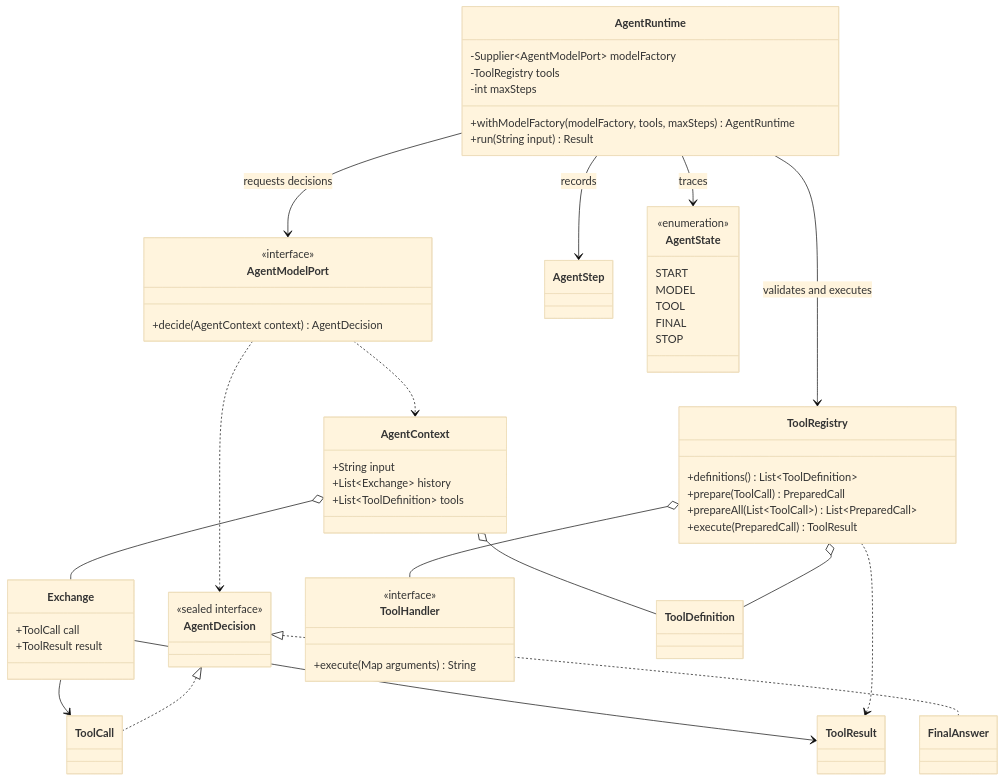
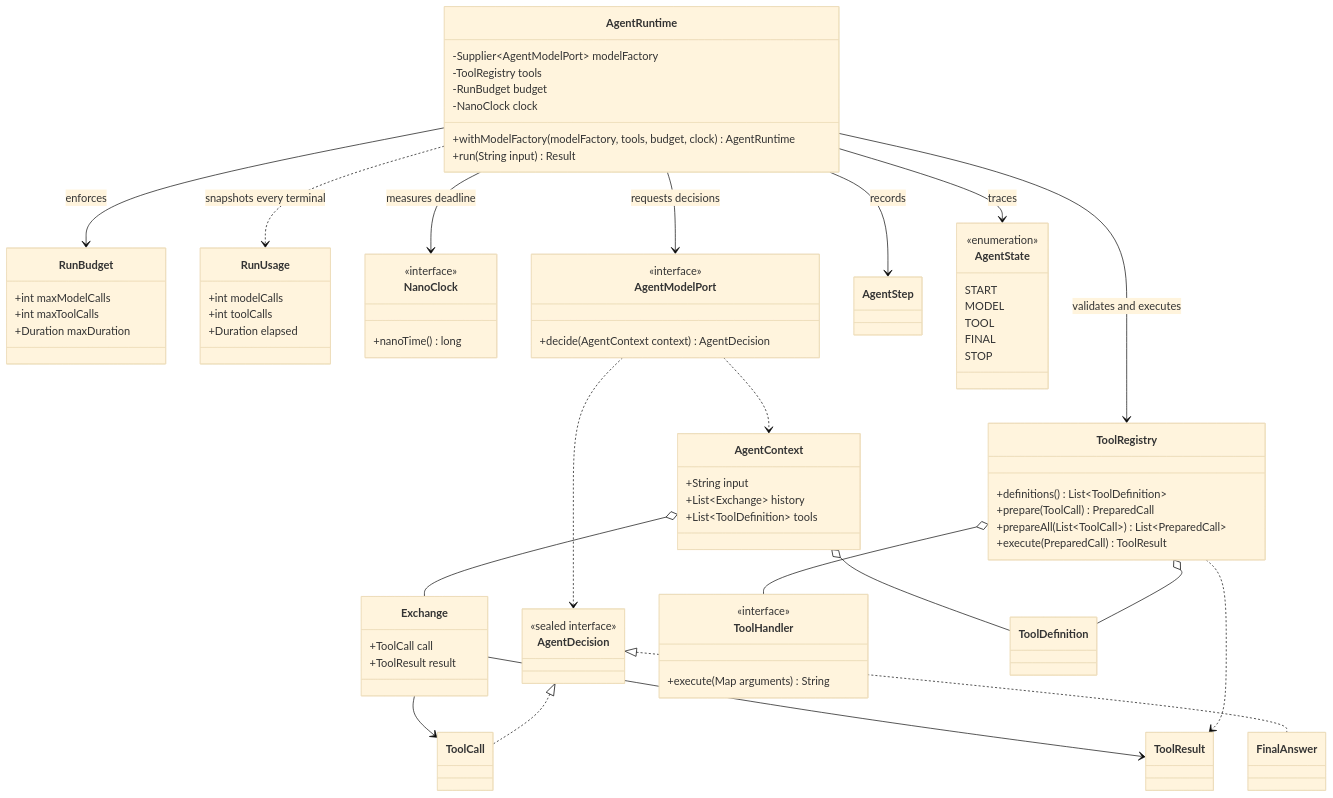
The third of 8 diagrams in responses-agent-runtime/docs/architecture.md (jamienlu/pickagent), drawn with Mermaid (base theme) before and after one commit. The commit also changed other lines of this file and 78 other files, not shown here.

Commit message:
all response agent runtime produce min use

```diff
--- a/responses-agent-runtime/docs/architecture.md
+++ b/responses-agent-runtime/docs/architecture.md
@@ -68,9 +75,24 @@
     class AgentRuntime {
       -Supplier~AgentModelPort~ modelFactory
       -ToolRegistry tools
-      -int maxSteps
-      +withModelFactory(modelFactory, tools, maxSteps) AgentRuntime
+      -RunBudget budget
+      -NanoClock clock
+      +withModelFactory(modelFactory, tools, budget, clock) AgentRuntime
       +run(String input) Result
+    }
+    class RunBudget {
+      +int maxModelCalls
+      +int maxToolCalls
+      +Duration maxDuration
+    }
+    class RunUsage {
+      +int modelCalls
+      +int toolCalls
+      +Duration elapsed
+    }
+    class NanoClock {
+      <<interface>>
+      +nanoTime() long
     }
     class AgentModelPort {
       <<interface>>
@@ -114,6 +136,9 @@
 
     AgentRuntime --> AgentModelPort : requests decisions
     AgentRuntime --> ToolRegistry : validates and executes
+    AgentRuntime --> RunBudget : enforces
+    AgentRuntime --> NanoClock : measures deadline
+    AgentRuntime ..> RunUsage : snapshots every terminal
     AgentRuntime --> AgentStep : records
     AgentRuntime --> AgentState : traces
     AgentModelPort ..> AgentContext
```
